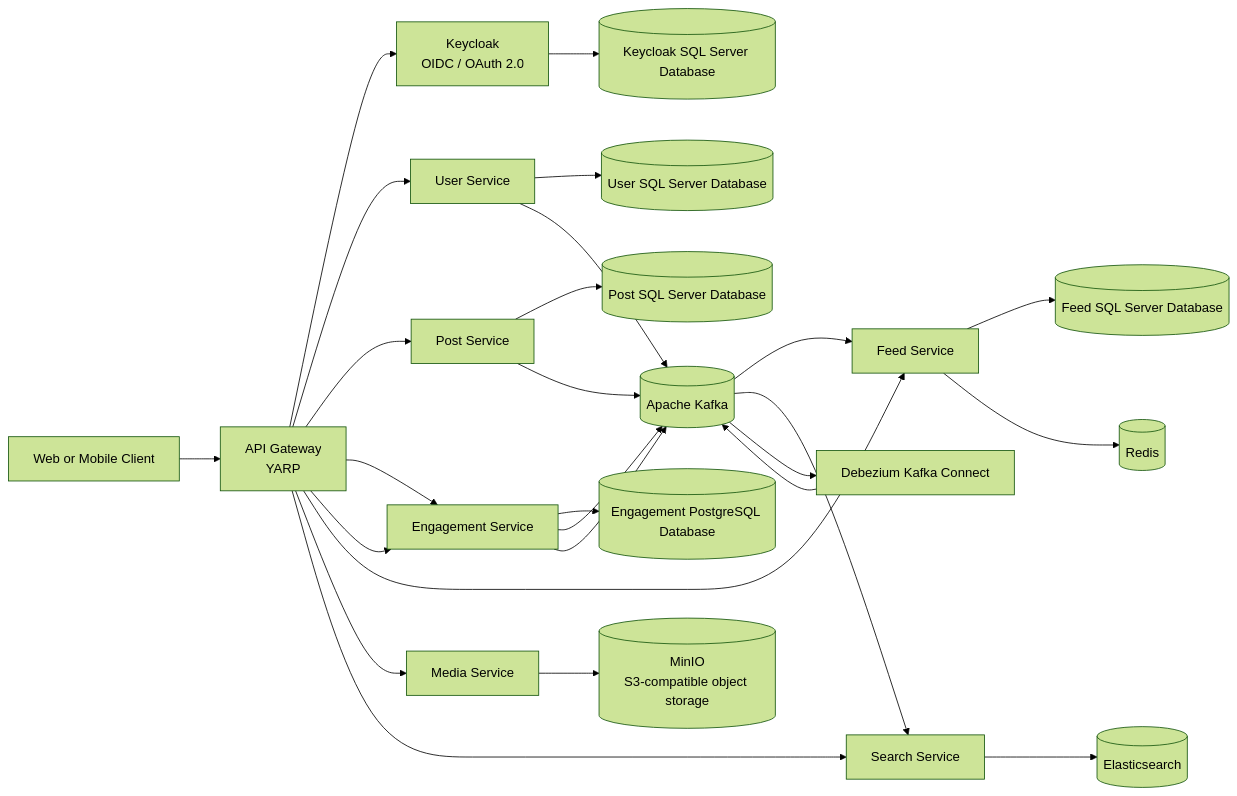
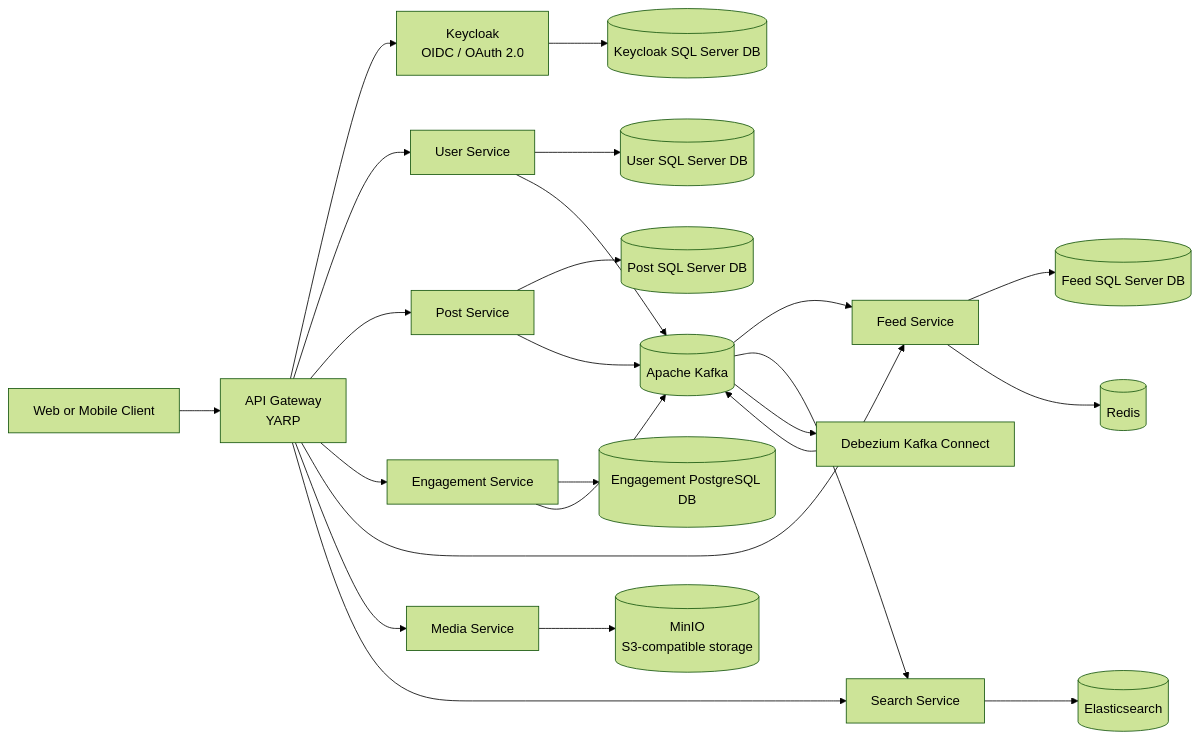
The diagram in README.md (mhelmy12/LinkedIn-Clone), drawn with Mermaid (forest theme) before and after one commit. The commit also changed other lines of this file, not shown here.

````diff
--- a/README.md
+++ b/README.md
@@ -20,31 +28,32 @@
 ```mermaid
 flowchart LR
     Client[Web or Mobile Client] --> Gateway[API Gateway\nYARP]
+
     Gateway --> Keycloak[Keycloak\nOIDC / OAuth 2.0]
     Gateway --> User[User Service]
     Gateway --> Post[Post Service]
-    Gateway --> Engagement[Engagement Service]
     Gateway --> Engagement[Engagement Service]
     Gateway --> Feed[Feed Service]
     Gateway --> Media[Media Service]
     Gateway --> Search[Search Service]
 
-    User --> UserDB[(User SQL Server Database)]
-    Post --> PostDB[(Post SQL Server Database)]
-    Engagement --> EngagementDB[(Engagement PostgreSQL Database)]
-    Feed --> FeedDB[(Feed SQL Server Database)]
+    User --> UserDB[(User SQL Server DB)]
+    Post --> PostDB[(Post SQL Server DB)]
+    Engagement --> EngagementDB[(Engagement PostgreSQL DB)]
+    Feed --> FeedDB[(Feed SQL Server DB)]
     Feed --> Redis[(Redis)]
-    Media --> MinIO[(MinIO\nS3-compatible object storage)]
+    Media --> MinIO[(MinIO\nS3-compatible storage)]
 
     User --> Kafka[(Apache Kafka)]
     Post --> Kafka
     Engagement --> Kafka
-    Engagement --> Kafka
+
     Kafka --> Feed
     Kafka --> Search
     Kafka --> Debezium[Debezium Kafka Connect]
     Debezium --> Kafka
+
     Search --> Elasticsearch[(Elasticsearch)]
 
-    Keycloak --> KeycloakDB[(Keycloak SQL Server Database)]
+    Keycloak --> KeycloakDB[(Keycloak SQL Server DB)]
 ```
````
